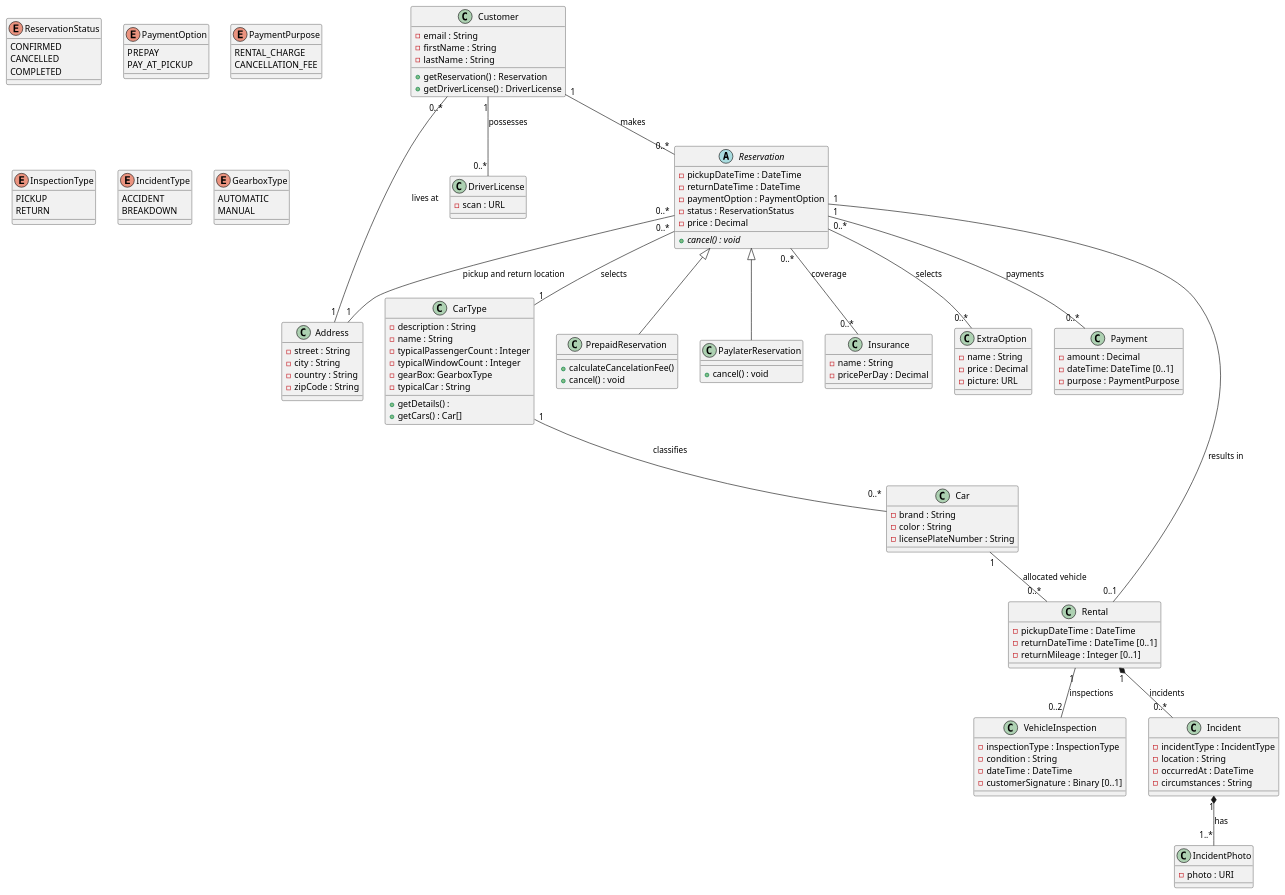
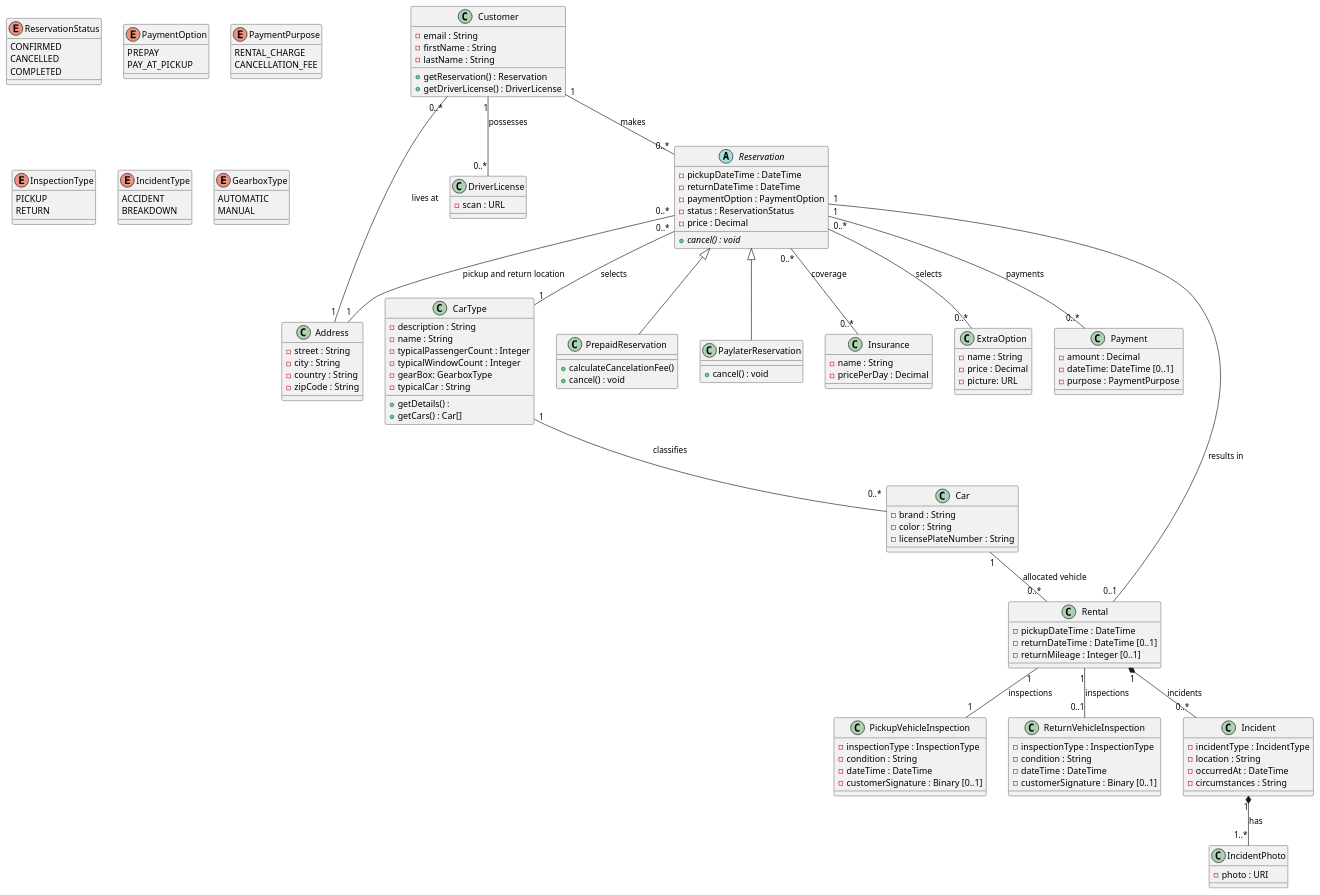
The diagram in digrams/class/class.pu (chill-cats/MIAGE-I2S-Software-Design), drawn with PlantUML before and after one commit. The commit also changed 3 other files, not shown here.

Commit message:
refine class diagram and correct small typing errors

```diff
--- a/digrams/class/class.pu
+++ b/digrams/class/class.pu
@@ -1,172 +1,180 @@
 @startuml class
 
 ' !theme plain
 
 class Customer {
     - email : String
     - firstName : String
     - lastName : String
 
     + getReservation() : Reservation
     + getDriverLicense() : DriverLicense
 }
 
 class Address {
     - street : String
     - city : String
     - country : String
     - zipCode : String
 }
 
 class DriverLicense {
     - scan : URL
 }
 
 ' class Agency {
 '     - name : String
 ' }
 
 class CarType {
     - description : String
     - name : String
     - typicalPassengerCount : Integer
     - typicalWindowCount : Integer
     - gearBox: GearboxType
     - typicalCar : String
 
     + getDetails() :
     + getCars() : Car[]
 }
 
 class Car {
     - brand : String
     - color : String
     - licensePlateNumber : String
 }
 
 abstract class Reservation {
     - pickupDateTime : DateTime
     - returnDateTime : DateTime
     - paymentOption : PaymentOption
     - status : ReservationStatus
     - price : Decimal
 
     + {abstract} cancel() : void
 }
 
 class PrepaidReservation {
     + calculateCancelationFee()
     + cancel() : void
 }
 
 class PaylaterReservation {
     + cancel() : void
 }
 
 
 class Insurance {
     - name : String
     - pricePerDay : Decimal
 }
 
 class ExtraOption {
     - name : String
     - price : Decimal
     - picture: URL
 }
 
 class Payment {
     - amount : Decimal
     - dateTime: DateTime [0..1]
     - purpose : PaymentPurpose
 }
 
 ' class Prepay {
 '     - payByCreditCard()
 ' }
 
 ' class PayLater {
 ' }
 
 ' Payment <|-- Prepay
 ' Payment <|-- PayLater
 
 class Rental {
     - pickupDateTime : DateTime
     - returnDateTime : DateTime [0..1]
     - returnMileage : Integer [0..1]
 }
 
-class VehicleInspection {
+class PickupVehicleInspection {
+    - inspectionType : InspectionType
+    - condition : String
+    - dateTime : DateTime
+    - customerSignature : Binary [0..1]
+}
+
+class ReturnVehicleInspection {
     - inspectionType : InspectionType
     - condition : String
     - dateTime : DateTime
     - customerSignature : Binary [0..1]
 }
 
 class Incident {
     - incidentType : IncidentType
     - location : String
     - occurredAt : DateTime
     - circumstances : String
 }
 
 class IncidentPhoto {
     - photo : URI
 }
 
 enum ReservationStatus {
     CONFIRMED
     CANCELLED
     COMPLETED
 }
 
 enum PaymentOption {
     PREPAY
     PAY_AT_PICKUP
 }
 
 enum PaymentPurpose {
     RENTAL_CHARGE
     CANCELLATION_FEE
 }
 
 enum InspectionType {
     PICKUP
     RETURN
 }
 
 enum IncidentType {
   ACCIDENT
   BREAKDOWN
 }
 
 enum GearboxType {
     AUTOMATIC
     MANUAL
 }
 
 Customer "0..*" -- "1" Address : lives at
 Customer "1" -- "0..*" Reservation : makes
 Customer "1" -- "0..*" DriverLicense : possesses
 
 Reservation "0..*" -- "1" CarType : selects
 Reservation "1" -- "0..1" Rental : results in
 Reservation "0..*" -- "1" Address : pickup and return location
 Reservation "0..*" -- "0..*" Insurance : coverage
 Reservation "0..*" -- "0..*" ExtraOption : selects
 Reservation "1" -- "0..*" Payment : payments
 
-Rental "1" -- "0..2" VehicleInspection : inspections
+Rental "1" -- "1" PickupVehicleInspection : inspections
+Rental "1" -- "0..1" ReturnVehicleInspection : inspections
 Rental "1" *-- "0..*" Incident : incidents
 
 Incident "1" *-- "1..*" IncidentPhoto : has
 
 Car "1" -- "0..*" Rental : allocated vehicle
 CarType "1" -- "0..*\n" Car : classifies \n
 
 Reservation <|-- PaylaterReservation
 Reservation <|-- PrepaidReservation
 
 
 @enduml
```
